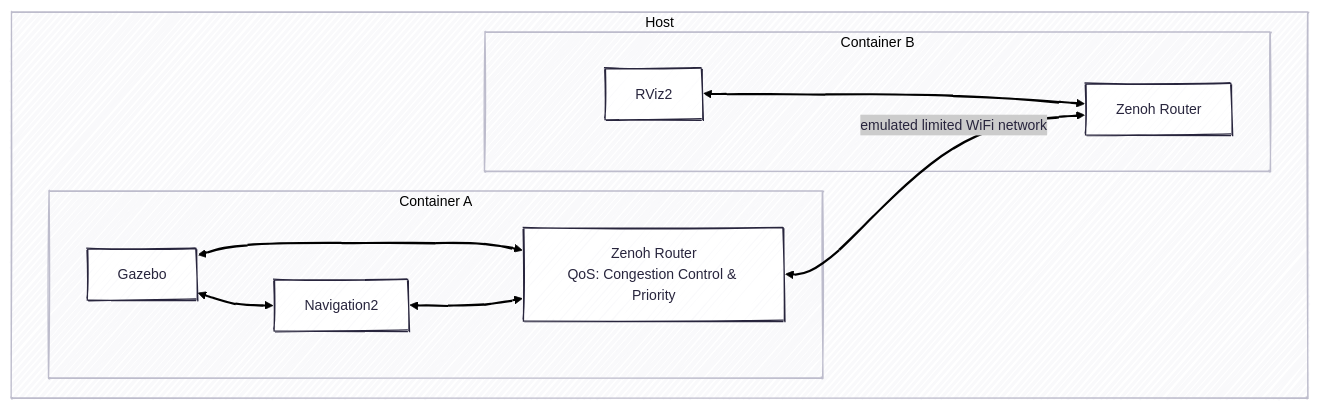
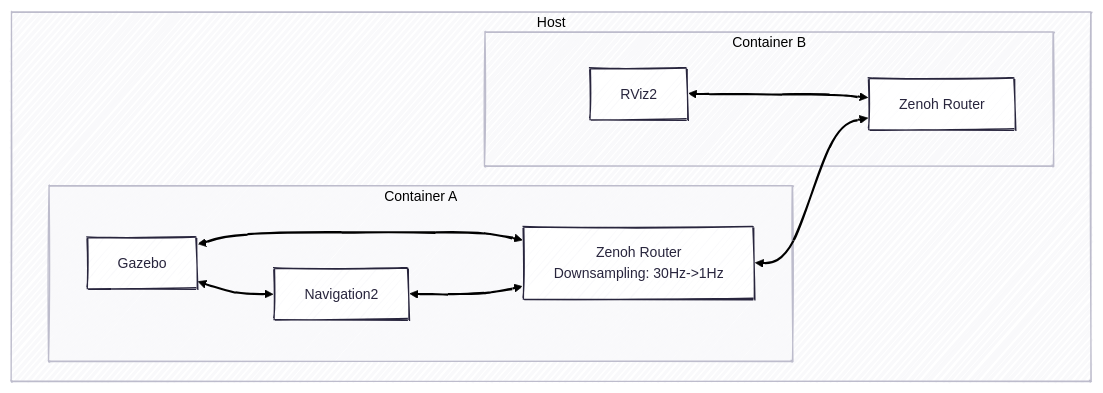
Before and after one commit to bresilla/roscon2025_workshop: the diagram in exercises/ex-6.md, drawn with Mermaid. The commit also changed other lines of this file and 9 other files, not shown here.

````diff
--- a/exercises/ex-6.md
+++ b/exercises/ex-6.md
@@ -5,20 +7,20 @@
 ```mermaid
 ---
 config:
   theme: redux
   look: handDrawn
   layout: dagre
 ---
 graph TD
 subgraph Host
     subgraph Container A
-        sim1["Gazebo"] <--> zr1["Zenoh Router</br>QoS: Congestion Control & Priority"]
+        sim1["Gazebo"] <--> zr1["Zenoh Router</br>Downsampling: 30Hz->1Hz"]
         nav1["Navigation2"] <--> zr1
         sim1 <--> nav1
     end
     subgraph Container B
         rv2["RViz2"] <--> zr2["Zenoh Router"]
     end
-    zr1 <-- emulated limited WiFi network --> zr2
+    zr1 <--> zr2
 end
 ```
````
